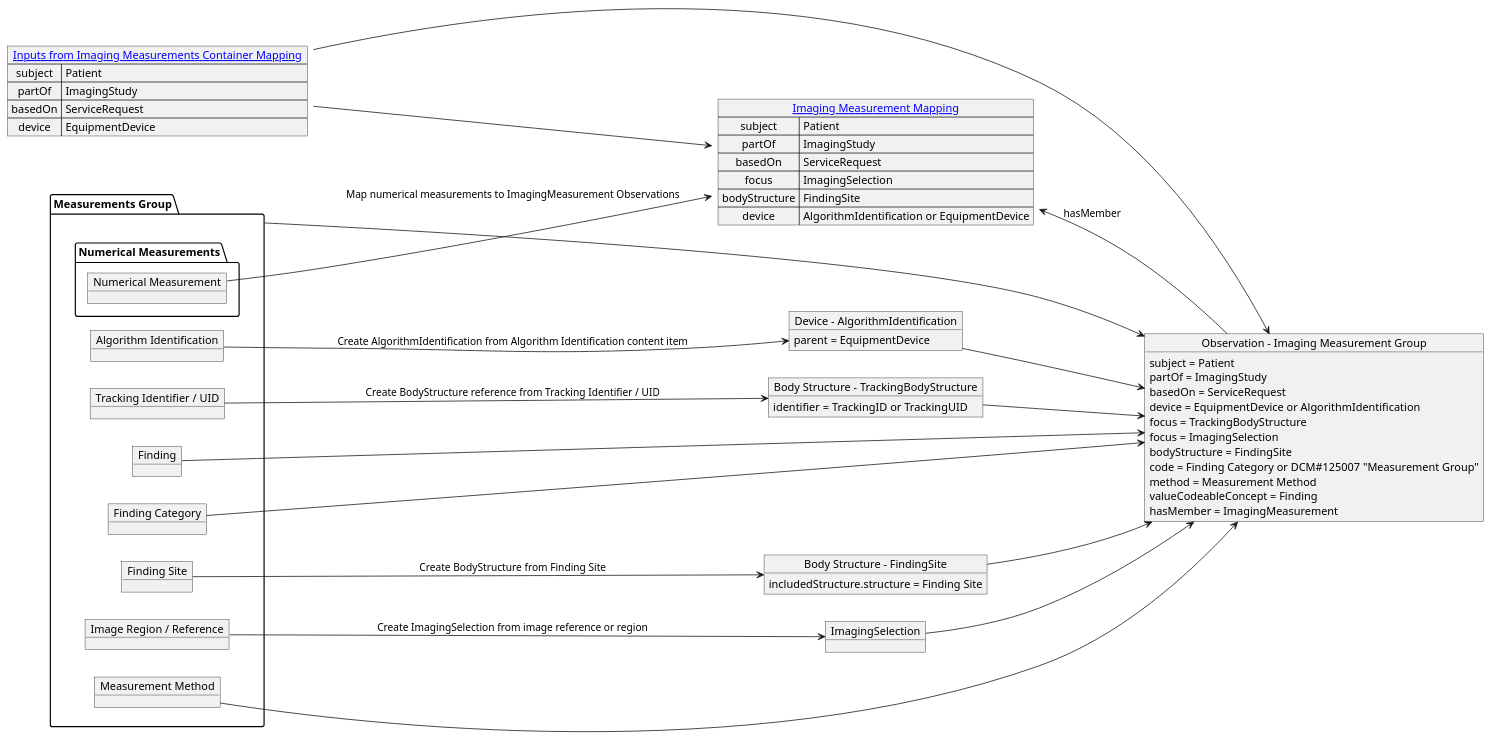
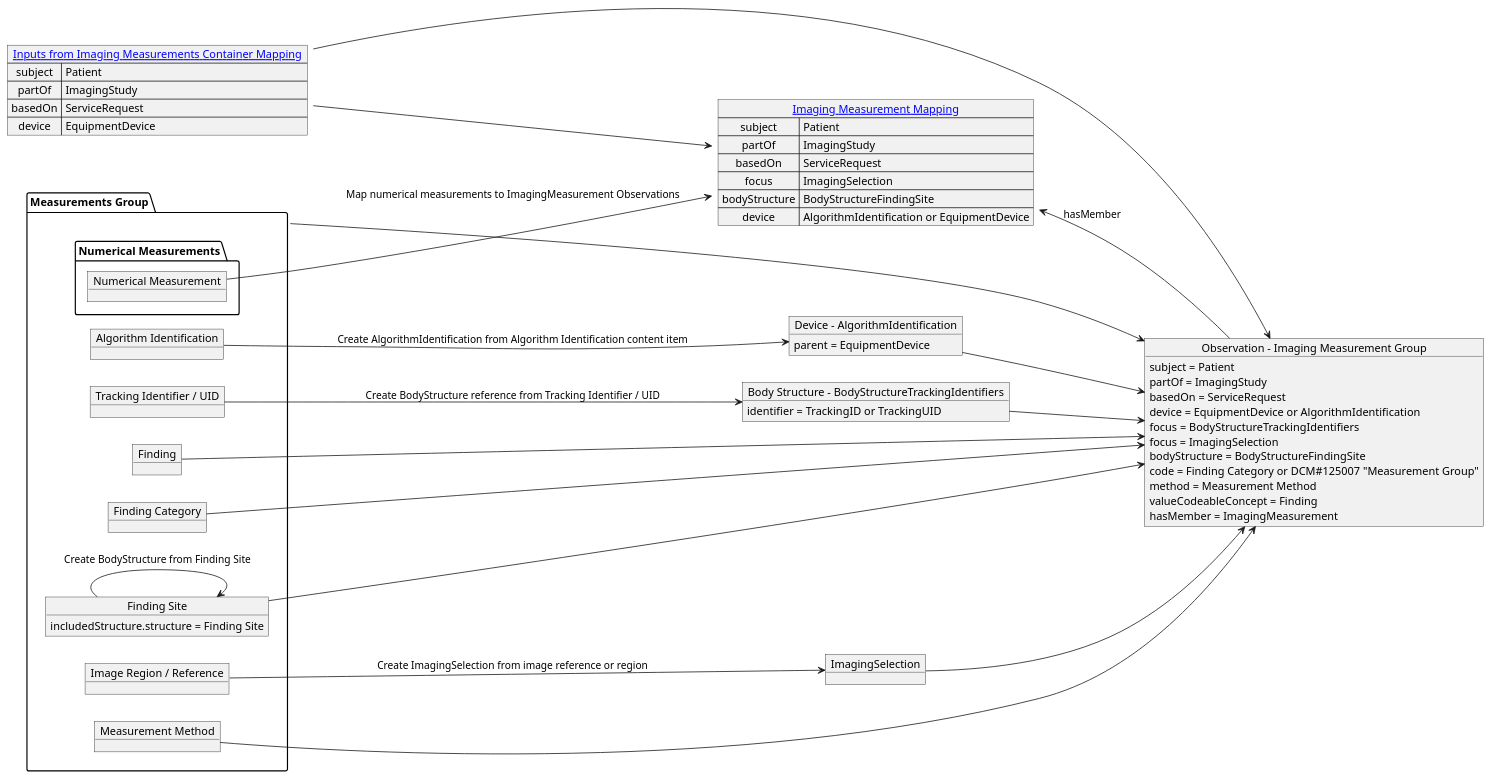
The diagram in input/images-source/4_5_imaging_measurement_group_mapping.plantuml (HL7/dicom-sr), drawn with PlantUML before and after one commit. The commit also changed 12 other files, not shown here.

```diff
--- a/input/images-source/4_5_imaging_measurement_group_mapping.plantuml
+++ b/input/images-source/4_5_imaging_measurement_group_mapping.plantuml
@@ -1,80 +1,80 @@
 @startuml imaging_measurement_group_mapping
 left to right direction
 
 map "[[mapping.html#imaging_measurements_container Inputs from Imaging Measurements Container Mapping]]" as inputs {
    subject => Patient
    partOf => ImagingStudy
    basedOn => ServiceRequest
    device => EquipmentDevice
 }
 
 package "Measurements Group" as measurementGroup {
    object "Algorithm Identification" as algorithm
    object "Tracking Identifier / UID" as tracking
    object "Finding" as finding
    object "Finding Category" as findingCategory
-   object "Finding Site" as findingSite
+   object "Finding Site" as BodyStructureFindingSite
    object "Image Region / Reference" as imageRegion
    object "Measurement Method" as method
    package "Numerical Measurements" {
     object "Numerical Measurement" as measurement
    }
 }
 
 object "Device - AlgorithmIdentification" as AlgorithmIdentification {
     parent = EquipmentDevice
 }
 
-object "Body Structure - TrackingBodyStructure" as TrackingBodyStructure {
+object "Body Structure - BodyStructureTrackingIdentifiers" as TrackingBodyStructure {
     identifier = TrackingID or TrackingUID
 }
 
-object "Body Structure - FindingSite" as FindingSite {
+object "Body Structure - BodyStructureFindingSite" as BodyStructureFindingSite {
     includedStructure.structure = Finding Site
 }
 
 object ImagingSelection 
 
 object "Observation - Imaging Measurement Group" as imagingMeasurementGroup {
     subject = Patient
     partOf = ImagingStudy
     basedOn = ServiceRequest
     device = EquipmentDevice or AlgorithmIdentification
-    focus = TrackingBodyStructure
+    focus = BodyStructureTrackingIdentifiers
     focus = ImagingSelection
-    bodyStructure = FindingSite
+    bodyStructure = BodyStructureFindingSite
     code = Finding Category or DCM#125007 "Measurement Group"
     method = Measurement Method
     valueCodeableConcept = Finding
     hasMember = ImagingMeasurement
 }
 
 map "[[mapping.html#imaging_measurement Imaging Measurement Mapping]]" as imagingMeasurementMap {
     subject => Patient
     partOf => ImagingStudy
     basedOn => ServiceRequest
     focus => TrackingBodyStructure
     focus => ImagingSelection
-    bodyStructure => FindingSite
+    bodyStructure => BodyStructureFindingSite
     device => AlgorithmIdentification or EquipmentDevice
 }
 
 algorithm --> AlgorithmIdentification: Create AlgorithmIdentification from Algorithm Identification content item
 tracking --> TrackingBodyStructure: Create BodyStructure reference from Tracking Identifier / UID
-findingSite --> FindingSite: Create BodyStructure from Finding Site
+BodyStructureFindingSite --> BodyStructureFindingSite: Create BodyStructure from Finding Site
 imageRegion --> ImagingSelection: Create ImagingSelection from image reference or region
 
 inputs --> imagingMeasurementGroup
 AlgorithmIdentification --> imagingMeasurementGroup
 TrackingBodyStructure --> imagingMeasurementGroup
 finding --> imagingMeasurementGroup
 findingCategory --> imagingMeasurementGroup
-FindingSite --> imagingMeasurementGroup
+BodyStructureFindingSite --> imagingMeasurementGroup
 ImagingSelection --> imagingMeasurementGroup
 measurementGroup --> imagingMeasurementGroup
 method --> imagingMeasurementGroup
 
 inputs --> imagingMeasurementMap
 measurement --> imagingMeasurementMap: Map numerical measurements to ImagingMeasurement Observations
 imagingMeasurementMap <-- imagingMeasurementGroup: hasMember
 @enduml
```
